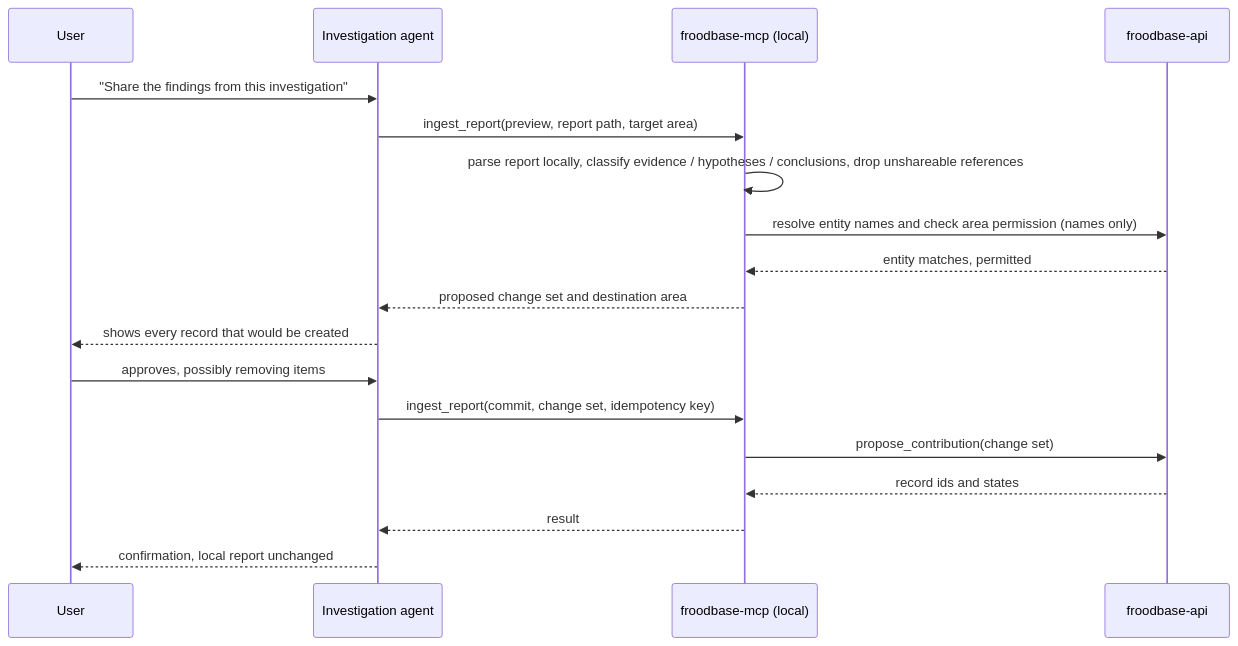
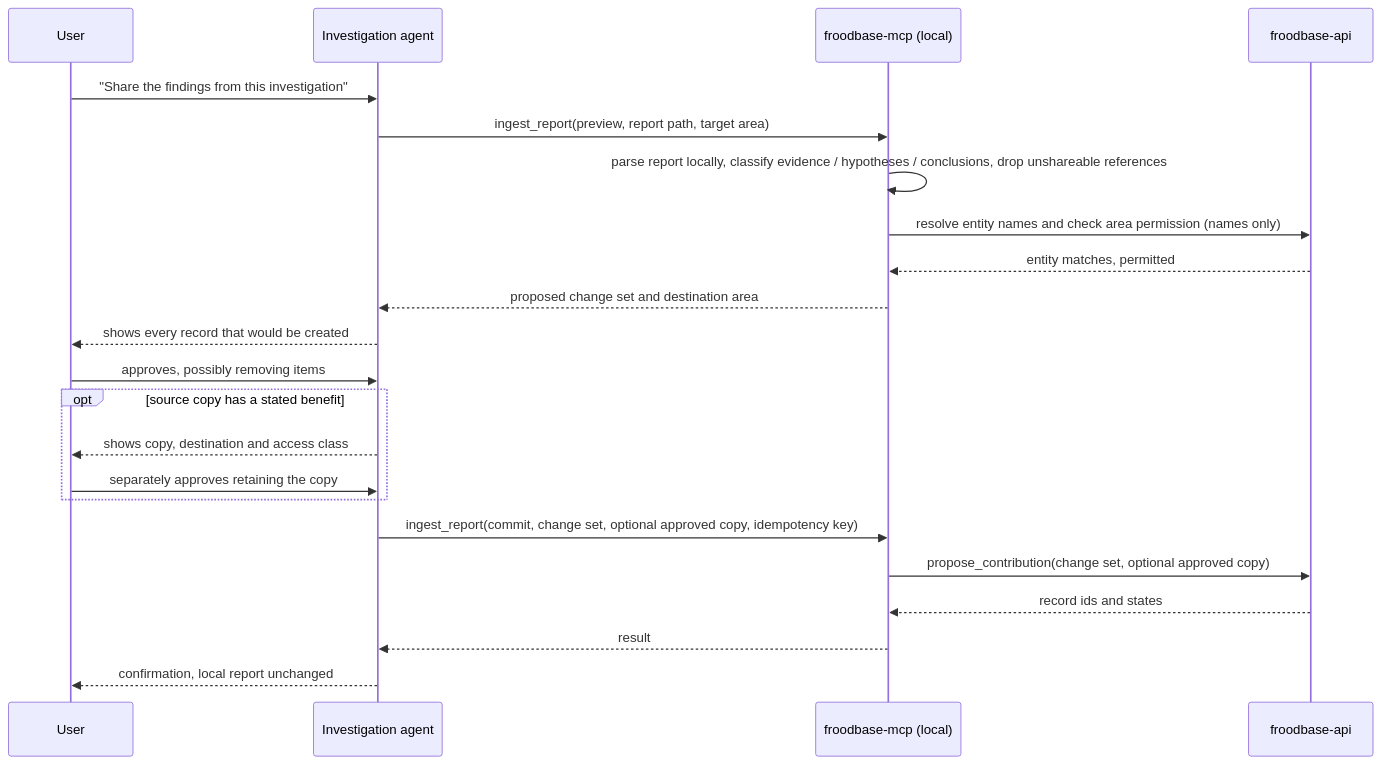
One commit to rztaylor/Froodbase changed the eighth of 11 diagrams in docs/planning/03-architecture-design.md. Above: the diagram before and after it, drawn with Mermaid. The commit also changed other lines of this file and 8 other files, not shown here.

````diff
--- a/docs/planning/03-architecture-design.md
+++ b/docs/planning/03-architecture-design.md
@@ -437,21 +450,25 @@
 ```mermaid
 sequenceDiagram
     participant U as User
     participant Ag as Investigation agent
     participant MCP as froodbase-mcp (local)
     participant API as froodbase-api
 
     U->>Ag: "Share the findings from this investigation"
     Ag->>MCP: ingest_report(preview, report path, target area)
     MCP->>MCP: parse report locally, classify evidence / hypotheses / conclusions, drop unshareable references
     MCP->>API: resolve entity names and check area permission (names only)
     API-->>MCP: entity matches, permitted
     MCP-->>Ag: proposed change set and destination area
     Ag-->>U: shows every record that would be created
     U->>Ag: approves, possibly removing items
-    Ag->>MCP: ingest_report(commit, change set, idempotency key)
-    MCP->>API: propose_contribution(change set)
+    opt source copy has a stated benefit
+        Ag-->>U: shows copy, destination and access class
+        U->>Ag: separately approves retaining the copy
+    end
+    Ag->>MCP: ingest_report(commit, change set, optional approved copy, idempotency key)
+    MCP->>API: propose_contribution(change set, optional approved copy)
     API-->>MCP: record ids and states
     MCP-->>Ag: result
     Ag-->>U: confirmation, local report unchanged
 ```
````
